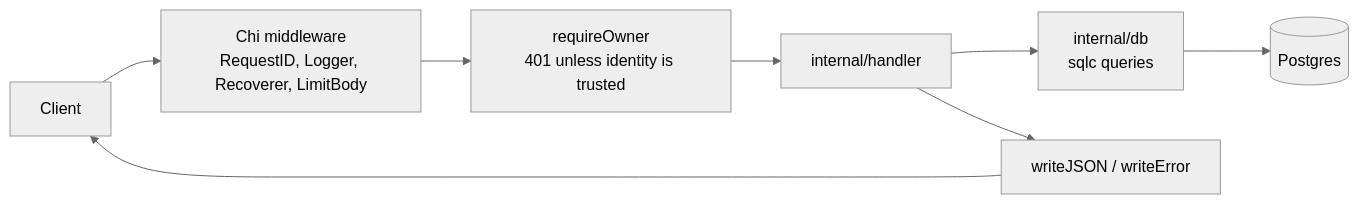
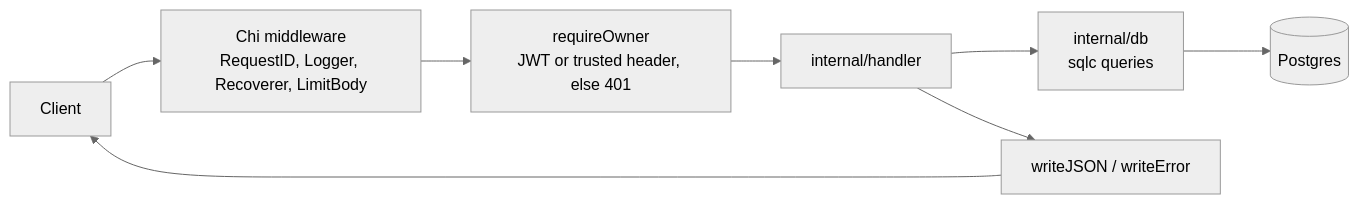
One commit to tanzhongyan-org/template-go changed the diagram in ARCHITECTURE.md. Above: the diagram before and after it, drawn with Mermaid (neutral theme). The commit also changed other lines of this file and 6 other files, not shown here.

````diff
--- a/ARCHITECTURE.md
+++ b/ARCHITECTURE.md
@@ -7,10 +7,10 @@
 ```mermaid
 flowchart LR
     Client --> MW["Chi middleware<br/>RequestID, Logger, Recoverer, LimitBody"]
-    MW --> Auth["requireOwner<br/>401 unless identity is trusted"]
+    MW --> Auth["requireOwner<br/>JWT or trusted header, else 401"]
     Auth --> H["internal/handler"]
     H --> Q["internal/db<br/>sqlc queries"]
     Q --> PG[(Postgres)]
     H --> R["writeJSON / writeError"]
     R --> Client
 ```
````
